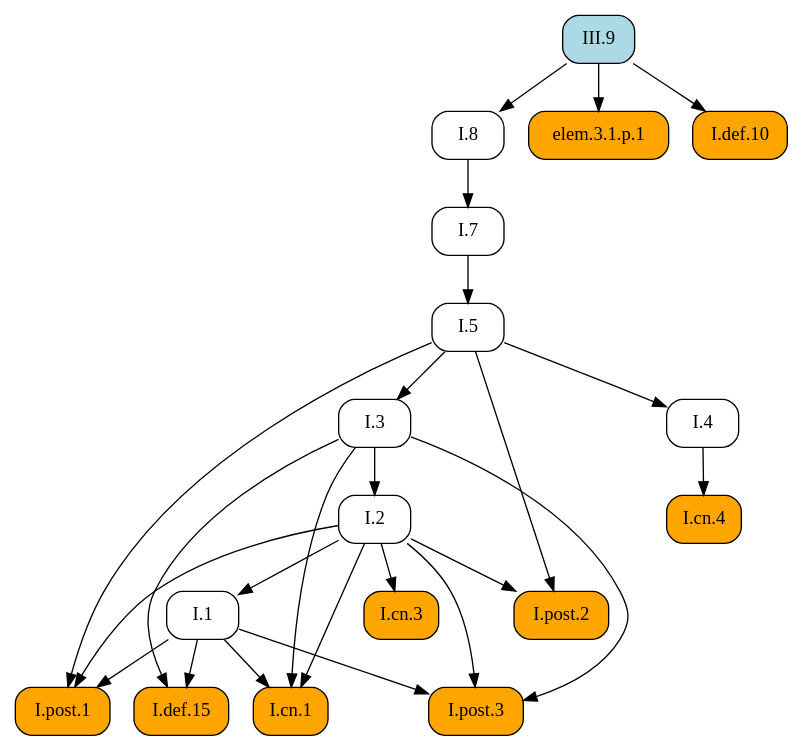
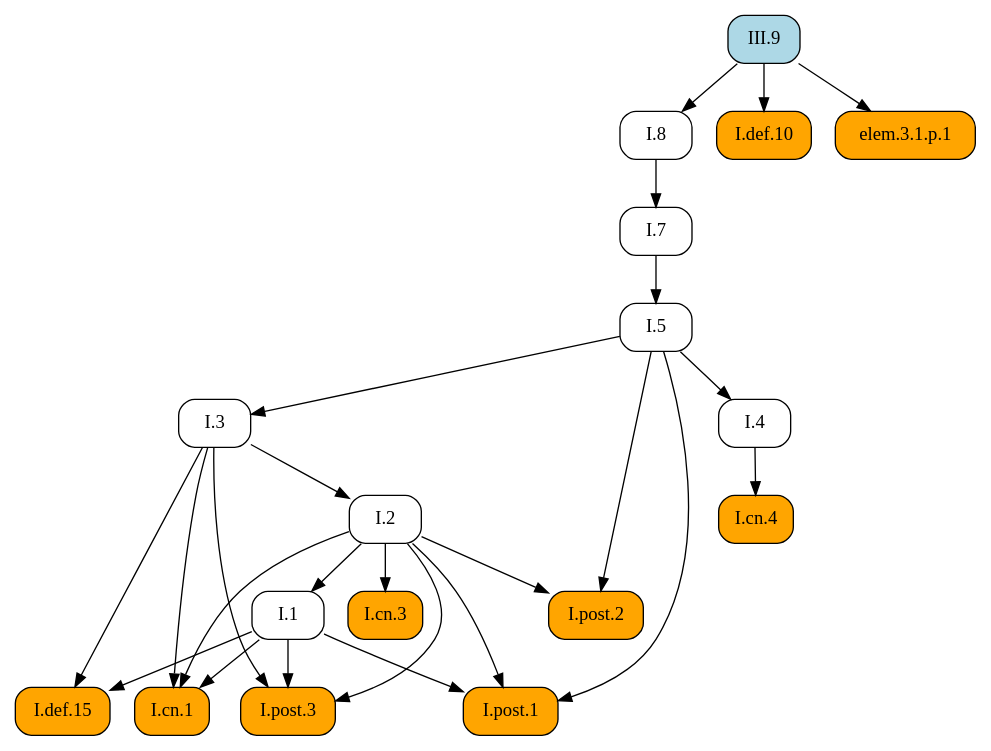
Before and after one commit to geometor/elements: the diagram in docsrc/elements2/III/9/index.rst, drawn with Graphviz. The commit also changed other lines of this file and 409 other files, not shown here.

First line of the commit message:
feat: Add image cropping and graphic extraction script

```diff
--- a/docsrc/elements2/III/9/index.rst
+++ b/docsrc/elements2/III/9/index.rst
@@ -72,47 +72,47 @@
 .. graphviz::
 
    digraph {
      rankdir="TB";
      node [shape=box, style=rounded];
+     "I.def.15" [style="rounded,filled", fillcolor=orange, URL="/elements2/I/def.15/", target="_top"];
+     "I.def.10" [style="rounded,filled", fillcolor=orange, URL="/elements2/I/def.10/", target="_top"];
      "I.8" [URL="/elements2/I/8/", target="_top"];
+     "I.5" [URL="/elements2/I/5/", target="_top"];
+     "I.3" [URL="/elements2/I/3/", target="_top"];
+     "I.cn.3" [style="rounded,filled", fillcolor=orange, URL="/elements2/I/cn.3/", target="_top"];
+     "I.cn.1" [style="rounded,filled", fillcolor=orange, URL="/elements2/I/cn.1/", target="_top"];
+     "I.post.3" [style="rounded,filled", fillcolor=orange, URL="/elements2/I/post.3/", target="_top"];
+     "I.4" [URL="/elements2/I/4/", target="_top"];
+     "I.7" [URL="/elements2/I/7/", target="_top"];
+     "elem.3.1.p.1" [style="rounded,filled", fillcolor=orange];
+     "III.9" [style="rounded,filled", fillcolor=lightblue, URL="/elements2/III/9/", target="_top"];
+     "I.post.1" [style="rounded,filled", fillcolor=orange, URL="/elements2/I/post.1/", target="_top"];
+     "I.2" [URL="/elements2/I/2/", target="_top"];
+     "I.cn.4" [style="rounded,filled", fillcolor=orange, URL="/elements2/I/cn.4/", target="_top"];
      "I.1" [URL="/elements2/I/1/", target="_top"];
-     "I.cn.4" [style="rounded,filled", fillcolor=orange, URL="/elements2/I/cn.4/", target="_top"];
-     "I.cn.3" [style="rounded,filled", fillcolor=orange, URL="/elements2/I/cn.3/", target="_top"];
-     "I.7" [URL="/elements2/I/7/", target="_top"];
-     "I.post.1" [style="rounded,filled", fillcolor=orange, URL="/elements2/I/post.1/", target="_top"];
-     "elem.3.1.p.1" [style="rounded,filled", fillcolor=orange];
-     "I.5" [URL="/elements2/I/5/", target="_top"];
-     "I.cn.1" [style="rounded,filled", fillcolor=orange, URL="/elements2/I/cn.1/", target="_top"];
-     "I.def.10" [style="rounded,filled", fillcolor=orange, URL="/elements2/I/def.10/", target="_top"];
-     "I.2" [URL="/elements2/I/2/", target="_top"];
-     "I.def.15" [style="rounded,filled", fillcolor=orange, URL="/elements2/I/def.15/", target="_top"];
-     "I.4" [URL="/elements2/I/4/", target="_top"];
-     "I.3" [URL="/elements2/I/3/", target="_top"];
      "I.post.2" [style="rounded,filled", fillcolor=orange, URL="/elements2/I/post.2/", target="_top"];
-     "III.9" [style="rounded,filled", fillcolor=lightblue, URL="/elements2/III/9/", target="_top"];
-     "I.post.3" [style="rounded,filled", fillcolor=orange, URL="/elements2/I/post.3/", target="_top"];
+     "I.1" -> "I.def.15";
+     "I.3" -> "I.def.15";
+     "III.9" -> "I.def.10";
      "III.9" -> "I.8";
-     "I.2" -> "I.1";
-     "I.4" -> "I.cn.4";
+     "I.7" -> "I.5";
+     "I.5" -> "I.3";
      "I.2" -> "I.cn.3";
+     "I.1" -> "I.cn.1";
+     "I.2" -> "I.cn.1";
+     "I.3" -> "I.cn.1";
+     "I.1" -> "I.post.3";
+     "I.2" -> "I.post.3";
+     "I.3" -> "I.post.3";
+     "I.5" -> "I.4";
      "I.8" -> "I.7";
+     "III.9" -> "elem.3.1.p.1";
      "I.1" -> "I.post.1";
      "I.2" -> "I.post.1";
      "I.5" -> "I.post.1";
-     "III.9" -> "elem.3.1.p.1";
-     "I.7" -> "I.5";
-     "I.1" -> "I.cn.1";
-     "I.2" -> "I.cn.1";
-     "I.3" -> "I.cn.1";
-     "III.9" -> "I.def.10";
      "I.3" -> "I.2";
-     "I.1" -> "I.def.15";
-     "I.3" -> "I.def.15";
-     "I.5" -> "I.4";
-     "I.5" -> "I.3";
+     "I.4" -> "I.cn.4";
+     "I.2" -> "I.1";
      "I.2" -> "I.post.2";
      "I.5" -> "I.post.2";
-     "I.1" -> "I.post.3";
-     "I.2" -> "I.post.3";
-     "I.3" -> "I.post.3";
    }
```
